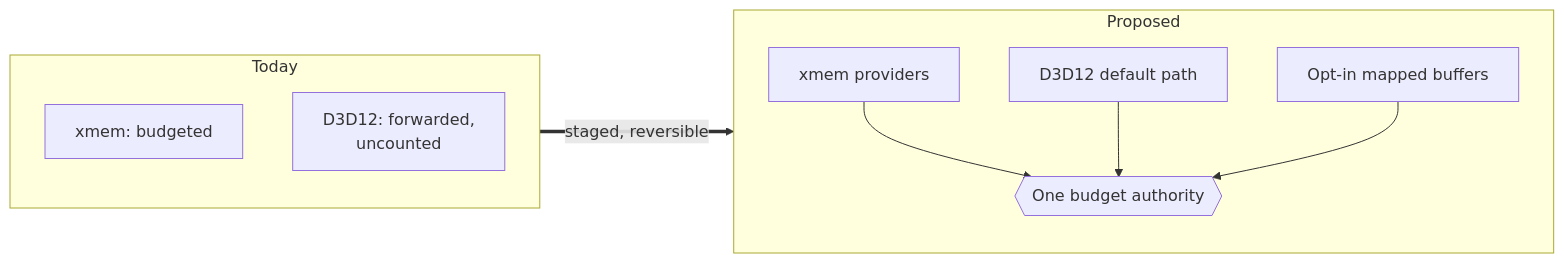
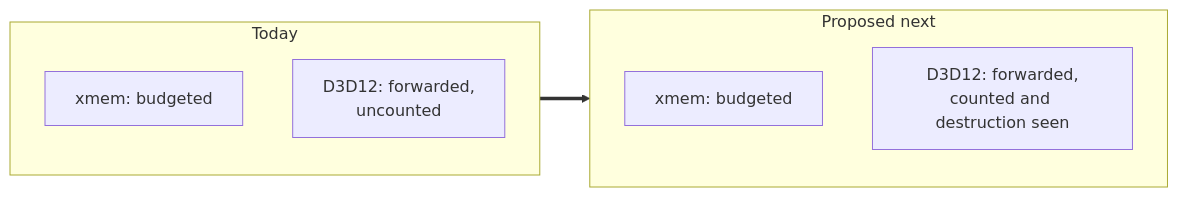
Before and after one commit to MacosPorters/betterxen: the first of 2 diagrams in docs/architecture/proposals/001-unified-memory/README.md, drawn with Mermaid. The commit also changed other lines of this file and 15 other files, not shown here.

First line of the commit message:
docs: correct and tighten the memory architecture draft (#473)

````diff
--- a/docs/architecture/proposals/001-unified-memory/README.md
+++ b/docs/architecture/proposals/001-unified-memory/README.md
@@ -19,14 +32,12 @@
 ```mermaid
 flowchart LR
   subgraph Today
     X1["xmem: budgeted"]
     D1["D3D12: forwarded,<br/>uncounted"]
   end
-  subgraph Proposed
-    A{{One budget authority}}
-    X2[xmem providers] --> A
-    D2[D3D12 default path] --> A
-    M2[Opt-in mapped buffers] --> A
+  subgraph Proposed_next["Proposed next"]
+    X2["xmem: budgeted"]
+    D2["D3D12: forwarded,<br/>counted and destruction seen"]
   end
-  Today ==>|staged, reversible| Proposed
+  Today ==> Proposed_next
 ```
````
